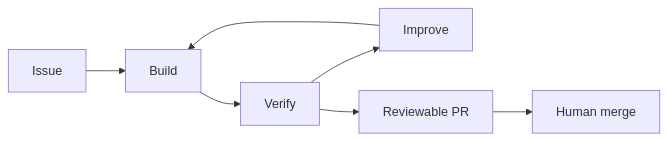
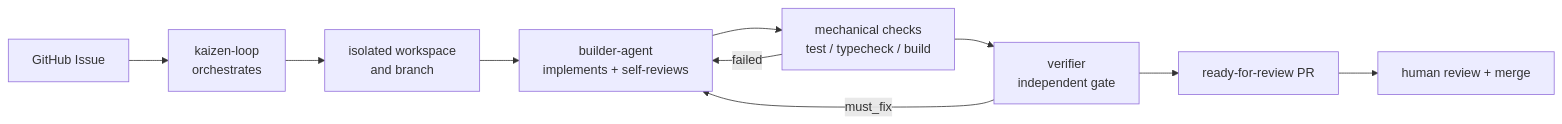
One commit to kaizen-agents-org/.github changed the first of 2 diagrams in profile/README.md. Above: the diagram before and after it, drawn with Mermaid. The commit also changed other lines of this file and 1 other file, not shown here.

Commit message:
docs: improve README overview

````diff
--- a/profile/README.md
+++ b/profile/README.md
@@ -17,9 +9,13 @@
 ```mermaid
 flowchart LR
-    Issue["Issue"] --> Build["Build"]
-    Build --> Verify["Verify"]
-    Verify --> Improve["Improve"]
-    Improve --> Build
-    Verify --> PR["Reviewable PR"]
-    PR --> Merge["Human merge"]
+    Issue["GitHub Issue"] --> Loop["kaizen-loop<br/>orchestrates"]
+    Loop --> Workspace["isolated workspace<br/>and branch"]
+    Workspace --> Builder["builder-agent<br/>implements + self-reviews"]
+    Builder --> Checks["mechanical checks<br/>test / typecheck / build"]
+    Checks --> Verifier["verifier<br/>independent gate"]
+    Verifier --> PR["ready-for-review PR"]
+    PR --> Human["human review + merge"]
+
+    Checks -->|failed| Builder
+    Verifier -->|must_fix| Builder
 ```
````
